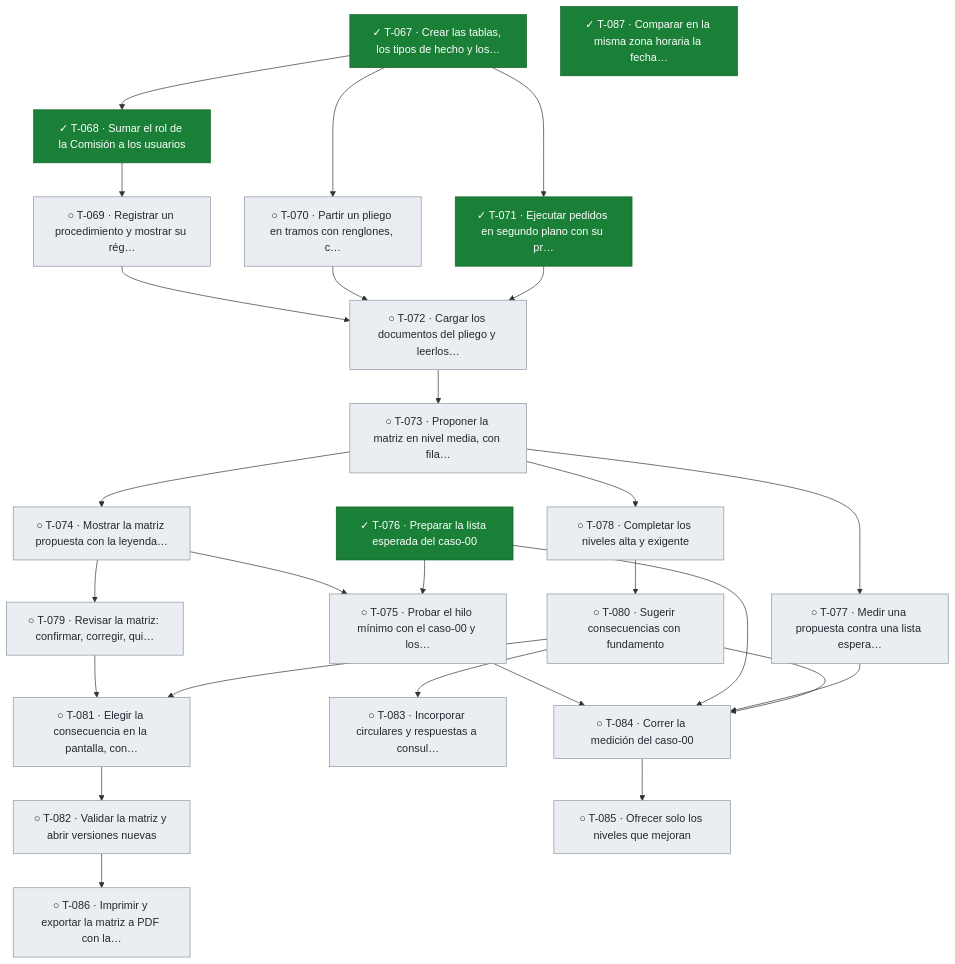
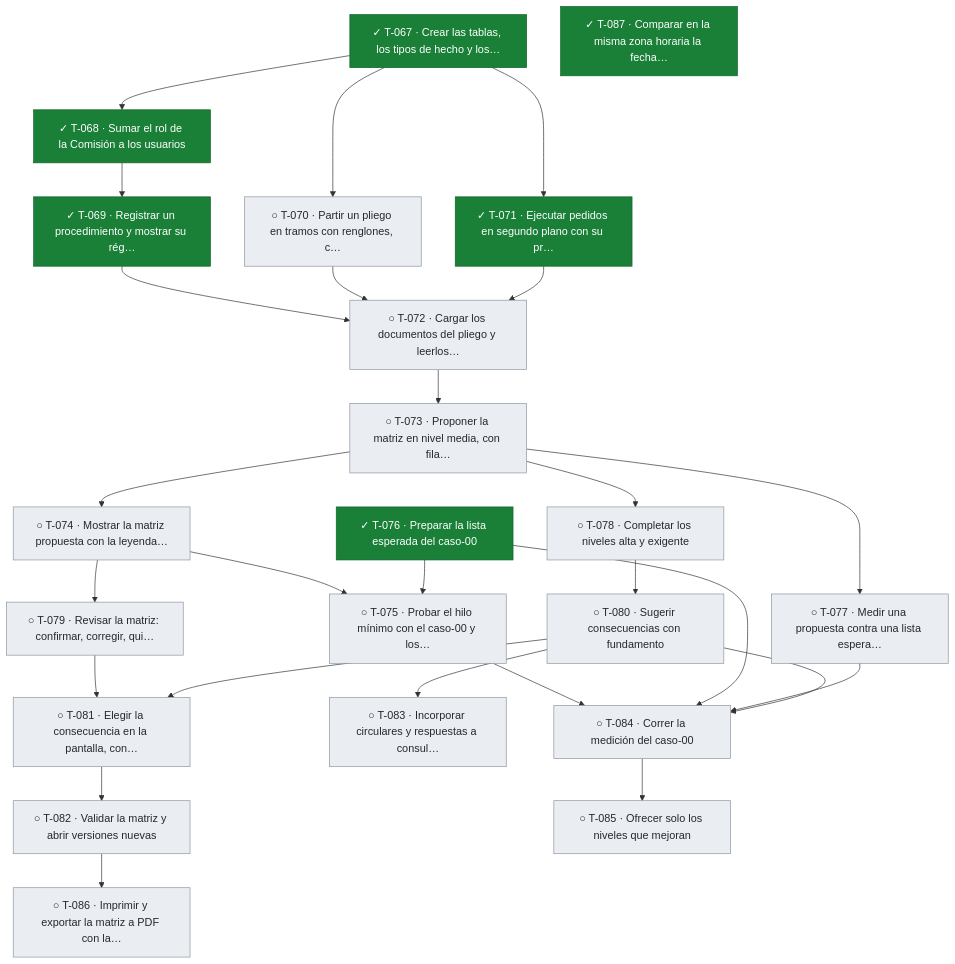
One commit to snavello/EVALUON changed the fifth of 5 diagrams in docs/tablero.md. Above: the diagram before and after it, drawn with Mermaid. The commit also changed other lines of this file and 1 other file, not shown here.

````diff
--- a/docs/tablero.md
+++ b/docs/tablero.md
@@ -400,54 +400,54 @@
 ```mermaid
 flowchart TD
   T067["✓ T-067 · Crear las tablas, los tipos de hecho y los…"]:::done
   T068["✓ T-068 · Sumar el rol de la Comisión a los usuarios"]:::done
-  T069["○ T-069 · Registrar un procedimiento y mostrar su rég…"]:::todo
+  T069["✓ T-069 · Registrar un procedimiento y mostrar su rég…"]:::done
   T070["○ T-070 · Partir un pliego en tramos con renglones, c…"]:::todo
   T071["✓ T-071 · Ejecutar pedidos en segundo plano con su pr…"]:::done
   T072["○ T-072 · Cargar los documentos del pliego y leerlos…"]:::todo
   T073["○ T-073 · Proponer la matriz en nivel media, con fila…"]:::todo
   T074["○ T-074 · Mostrar la matriz propuesta con la leyenda…"]:::todo
   T075["○ T-075 · Probar el hilo mínimo con el caso-00 y los…"]:::todo
   T076["✓ T-076 · Preparar la lista esperada del caso-00"]:::done
   T077["○ T-077 · Medir una propuesta contra una lista espera…"]:::todo
   T078["○ T-078 · Completar los niveles alta y exigente"]:::todo
   T079["○ T-079 · Revisar la matriz: confirmar, corregir, qui…"]:::todo
   T080["○ T-080 · Sugerir consecuencias con fundamento"]:::todo
   T081["○ T-081 · Elegir la consecuencia en la pantalla, con…"]:::todo
   T082["○ T-082 · Validar la matriz y abrir versiones nuevas"]:::todo
   T083["○ T-083 · Incorporar circulares y respuestas a consul…"]:::todo
   T084["○ T-084 · Correr la medición del caso-00"]:::todo
   T085["○ T-085 · Ofrecer solo los niveles que mejoran"]:::todo
   T086["○ T-086 · Imprimir y exportar la matriz a PDF con la…"]:::todo
   T087["✓ T-087 · Comparar en la misma zona horaria la fecha…"]:::done
   T067 --> T068
   T068 --> T069
   T067 --> T070
   T067 --> T071
   T069 --> T072
   T070 --> T072
   T071 --> T072
   T072 --> T073
   T073 --> T074
   T074 --> T075
   T076 --> T075
   T073 --> T077
   T073 --> T078
   T074 --> T079
   T078 --> T080
   T079 --> T081
   T080 --> T081
   T081 --> T082
   T080 --> T083
   T075 --> T084
   T076 --> T084
   T077 --> T084
   T080 --> T084
   T084 --> T085
   T082 --> T086
   classDef done fill:#1a7f37,stroke:#116329,color:#ffffff
   classDef review fill:#0969da,stroke:#0550ae,color:#ffffff
   classDef active fill:#bf8700,stroke:#7d4e00,color:#ffffff
   classDef blocked fill:#cf222e,stroke:#a40e26,color:#ffffff
   classDef todo fill:#eaeef2,stroke:#8c959f,color:#24292f
 ```
````
